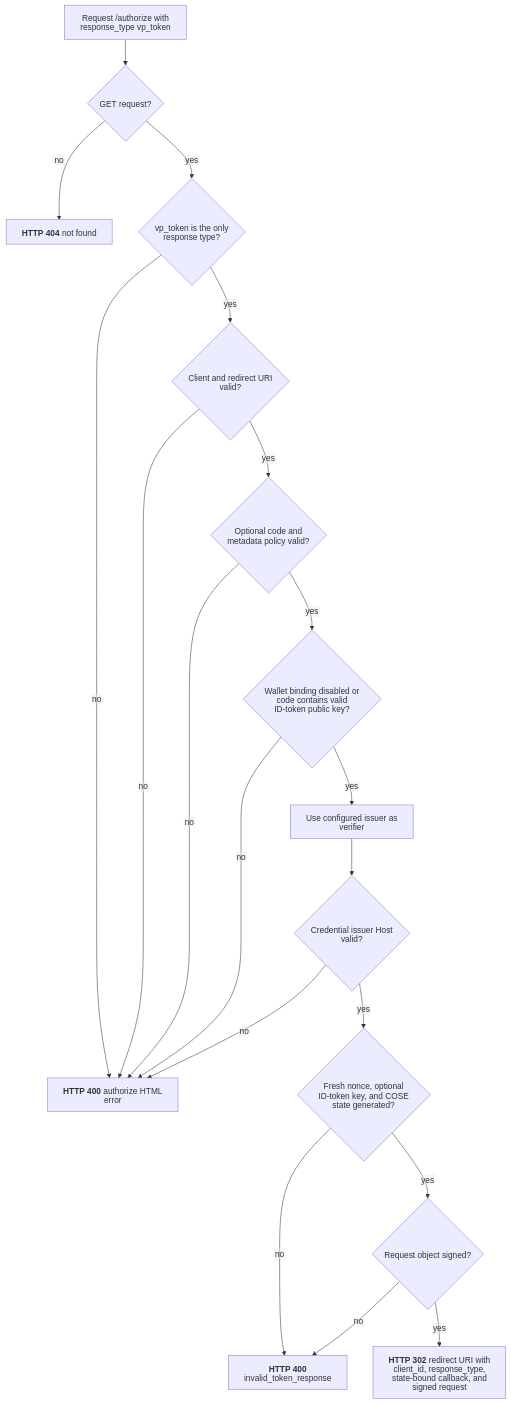
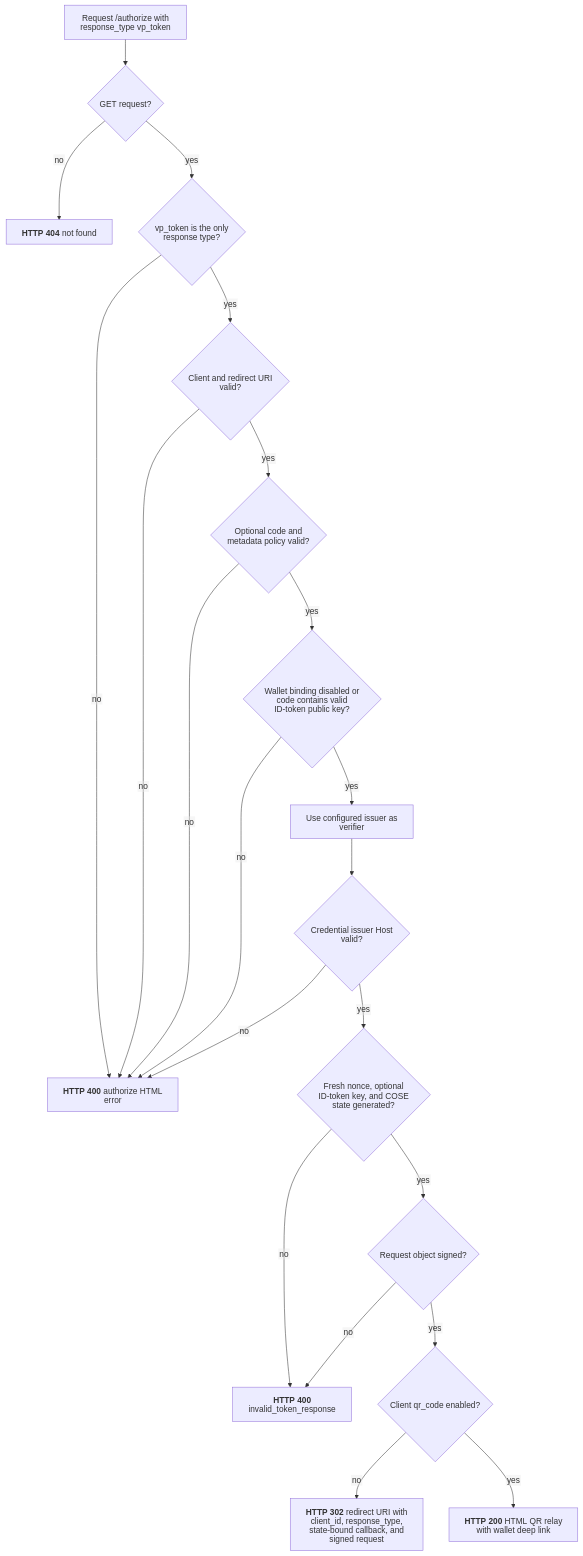
The diagram in docs/flows/openid4vp/presentation_request_endpoint.mmd (malach-it/kagome), drawn with Mermaid before and after one commit. The commit also changed 35 other files, not shown here.

```diff
--- a/docs/flows/openid4vp/presentation_request_endpoint.mmd
+++ b/docs/flows/openid4vp/presentation_request_endpoint.mmd
@@ -1,20 +1,22 @@
 %%{init: {"htmlLabels": false, "flowchart": {"htmlLabels": false}}}%%
 flowchart TD
     start[Request /authorize with response_type vp_token] --> method{GET request?}
     method -- no --> not_found["`**HTTP 404** not found`"]
     method -- yes --> response_type{vp_token is the only response type?}
     response_type -- no --> authorize_error["`**HTTP 400** authorize HTML error`"]
     response_type -- yes --> client{Client and redirect URI valid?}
     client -- no --> authorize_error
     client -- yes --> optional{Optional code and metadata policy valid?}
     optional -- no --> authorize_error
     optional -- yes --> policy{Wallet binding disabled or code contains valid ID-token public key?}
     policy -- no --> authorize_error
     policy -- yes --> verifier[Use configured issuer as verifier]
     verifier --> host{Credential issuer Host valid?}
     host -- no --> authorize_error
     host -- yes --> state{Fresh nonce, optional ID-token key, and COSE state generated?}
     state -- no --> generation_error["`**HTTP 400** invalid_token_response`"]
     state -- yes --> sign{Request object signed?}
     sign -- no --> generation_error
-    sign -- yes --> success["`**HTTP 302** redirect URI with client_id, response_type, state-bound callback, and signed request`"]
+    sign -- yes --> delivery{Client qr_code enabled?}
+    delivery -- no --> success["`**HTTP 302** redirect URI with client_id, response_type, state-bound callback, and signed request`"]
+    delivery -- yes --> qr["`**HTTP 200** HTML QR relay with wallet deep link`"]
```
